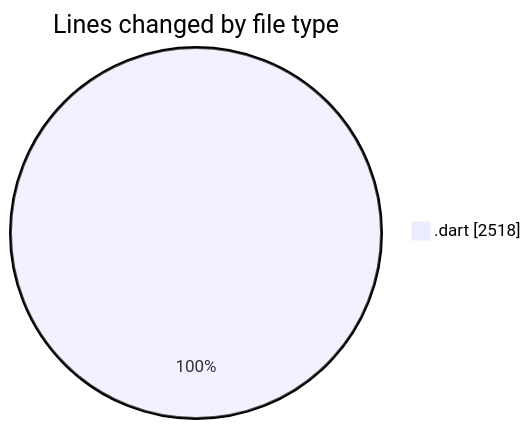
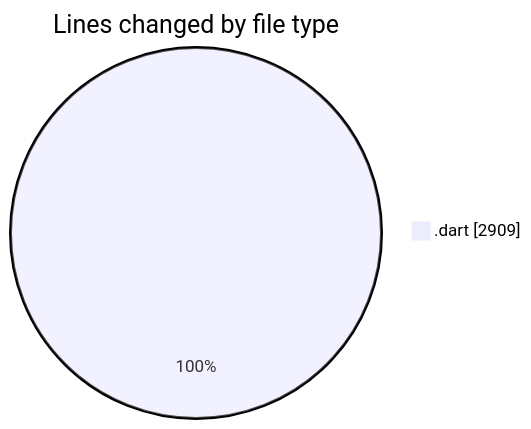
Before and after one commit to lephambinh05/code-tracking: the first of 2 diagrams in 2025-08-28/studybuddy/README.md, drawn with Mermaid. The commit also changed other lines of this file and 1 other file, not shown here.

````diff
--- a/2025-08-28/studybuddy/README.md
+++ b/2025-08-28/studybuddy/README.md
@@ -23,5 +24,5 @@
 ```mermaid
 pie showData
 title Lines changed by file type
-".dart" : 2518
+".dart" : 2909
 ```
````
